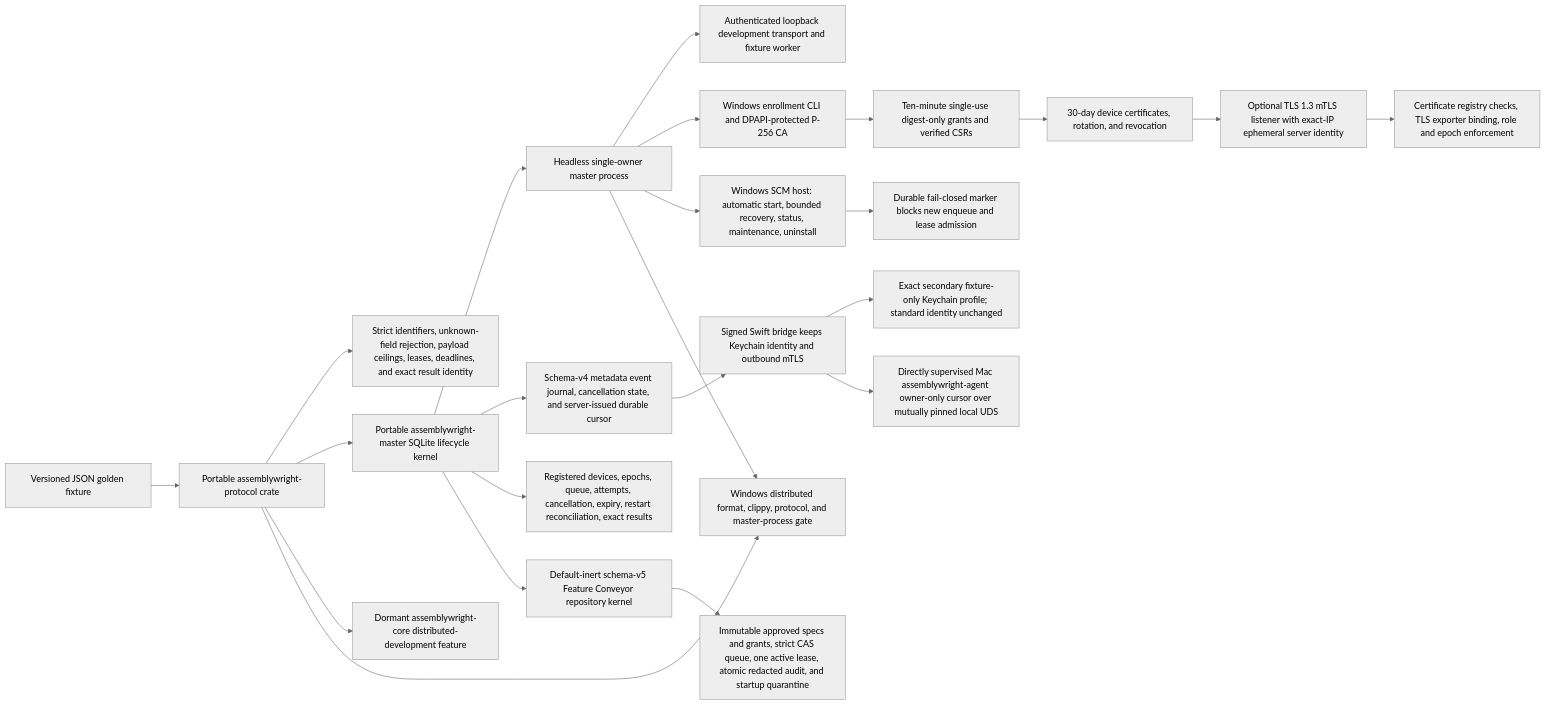
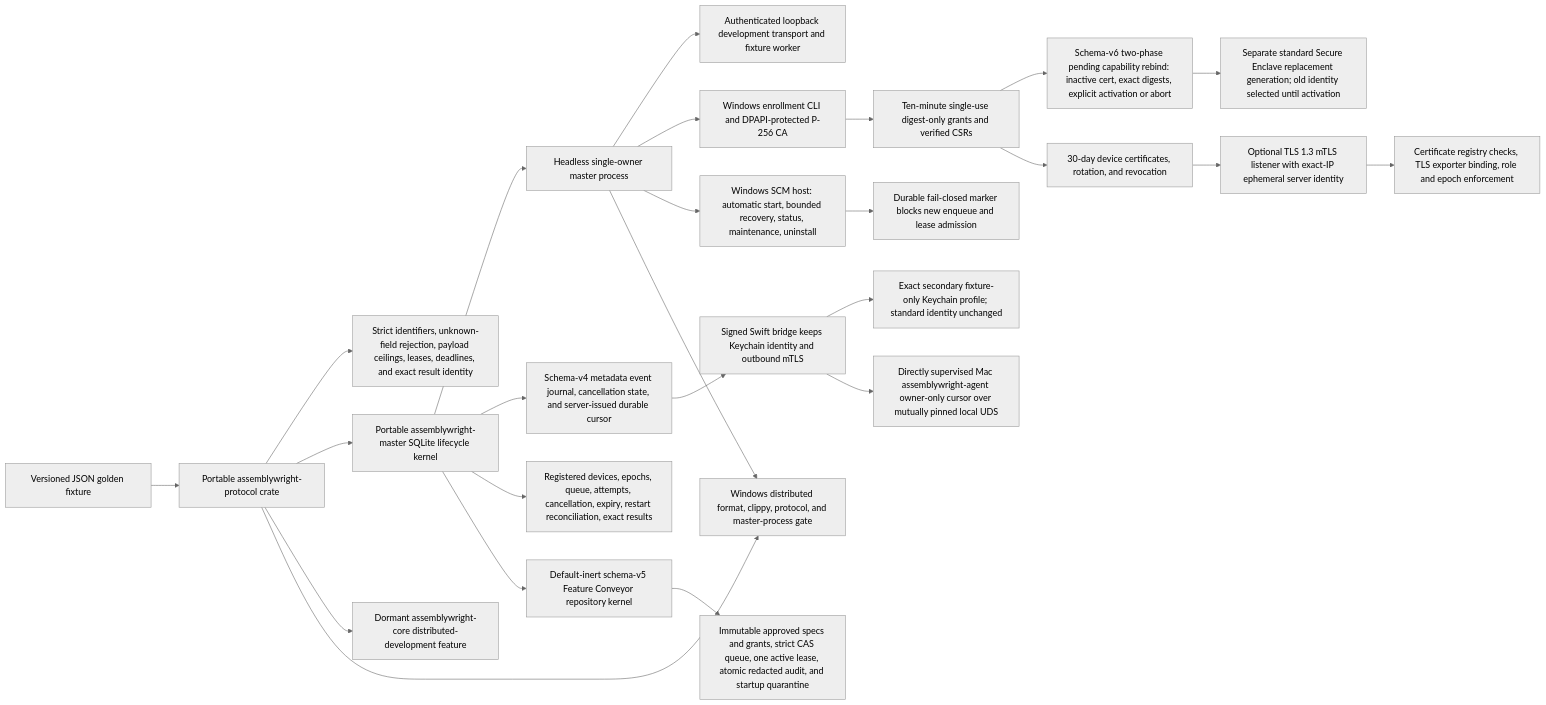
One commit to malak333/Assemblywright changed the first of 2 diagrams in docs/architecture-map.md. Above: the diagram before and after it, drawn with Mermaid (neutral theme). The commit also changed other lines of this file and 17 other files, not shown here.

Commit message:
Add safe MLX capability rebind ceremony

````diff
--- a/docs/architecture-map.md
+++ b/docs/architecture-map.md
@@ -7,25 +7,27 @@
 ```mermaid
 flowchart LR
   Fixture["Versioned JSON golden fixture"] --> Protocol["Portable assemblywright-protocol crate"]
   Protocol --> Bounds["Strict identifiers, unknown-field rejection, payload ceilings, leases, deadlines, and exact result identity"]
   Protocol --> Master["Portable assemblywright-master SQLite lifecycle kernel"]
   Master --> Process["Headless single-owner master process"]
   Process --> Local["Authenticated loopback development transport and fixture worker"]
   Process --> Identity["Windows enrollment CLI and DPAPI-protected P-256 CA"]
   Identity --> Grants["Ten-minute single-use digest-only grants and verified CSRs"]
+  Grants --> Rebind["Schema-v6 two-phase pending capability rebind: inactive cert, exact digests, explicit activation or abort"]
+  Rebind --> Replacement["Separate standard Secure Enclave replacement generation; old identity selected until activation"]
   Grants --> Certificates["30-day device certificates, rotation, and revocation"]
   Certificates --> Remote["Optional TLS 1.3 mTLS listener with exact-IP ephemeral server identity"]
   Remote --> Binding["Certificate registry checks, TLS exporter binding, role and epoch enforcement"]
   Master --> Events["Schema-v4 metadata event journal, cancellation state, and server-issued durable cursor"]
   Events --> Helper["Signed Swift bridge keeps Keychain identity and outbound mTLS"]
   Helper --> FixtureIdentity["Exact secondary fixture-only Keychain profile; standard identity unchanged"]
   Helper --> Agent["Directly supervised Mac assemblywright-agent owner-only cursor over mutually pinned local UDS"]
   Process --> Service["Windows SCM host: automatic start, bounded recovery, status, maintenance, uninstall"]
   Service --> Maintenance["Durable fail-closed marker blocks new enqueue and lease admission"]
   Master --> Durable["Registered devices, epochs, queue, attempts, cancellation, expiry, restart reconciliation, exact results"]
   Master --> Conveyor["Default-inert schema-v5 Feature Conveyor repository kernel"]
   Conveyor --> ConveyorSafety["Immutable approved specs and grants, strict CAS queue, one active lease, atomic redacted audit, and startup quarantine"]
   Protocol --> Feature["Dormant assemblywright-core distributed-development feature"]
   Protocol --> Windows["Windows distributed format, clippy, protocol, and master-process gate"]
   Process --> Windows
 ```
````
